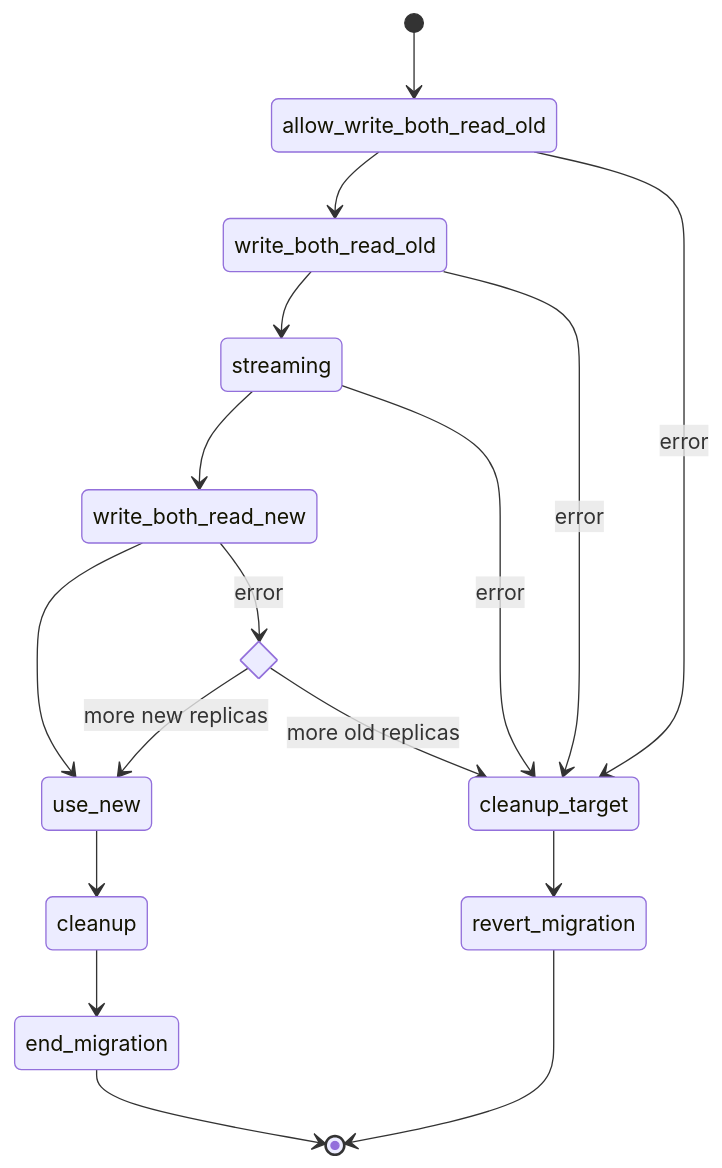
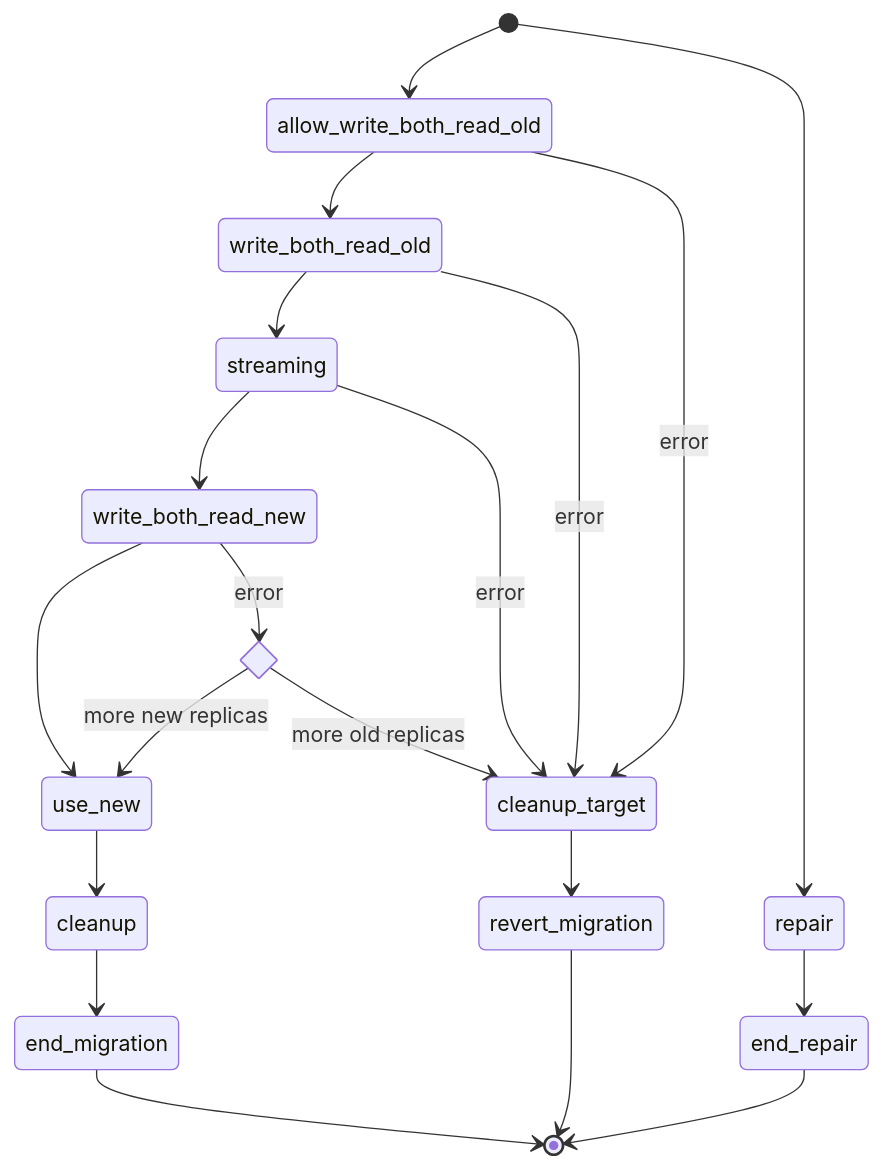
The second of 2 diagrams in docs/dev/topology-over-raft.md (scylladb/scylladb), drawn with Mermaid before and after one commit. The commit also changed other lines of this file, not shown here.

Commit message:
docs: Add docs for tablet repair migration

````diff
--- a/docs/dev/topology-over-raft.md
+++ b/docs/dev/topology-over-raft.md
@@ -286,20 +292,23 @@
 ```mermaid
 stateDiagram-v2
     state if_state <<choice>>
     [*] --> allow_write_both_read_old
     allow_write_both_read_old --> write_both_read_old
     write_both_read_old --> streaming
     streaming --> write_both_read_new
     write_both_read_new --> use_new
     use_new --> cleanup
     cleanup --> end_migration
     end_migration --> [*]
+    [*] --> repair
+    repair --> end_repair
+    end_repair --> [*]
     allow_write_both_read_old --> cleanup_target: error
     write_both_read_old --> cleanup_target: error
     streaming --> cleanup_target: error
     write_both_read_new --> if_state: error
     if_state --> use_new: more new replicas
     if_state --> cleanup_target: more old replicas
     cleanup_target --> revert_migration
     revert_migration --> [*]
 ```
````
